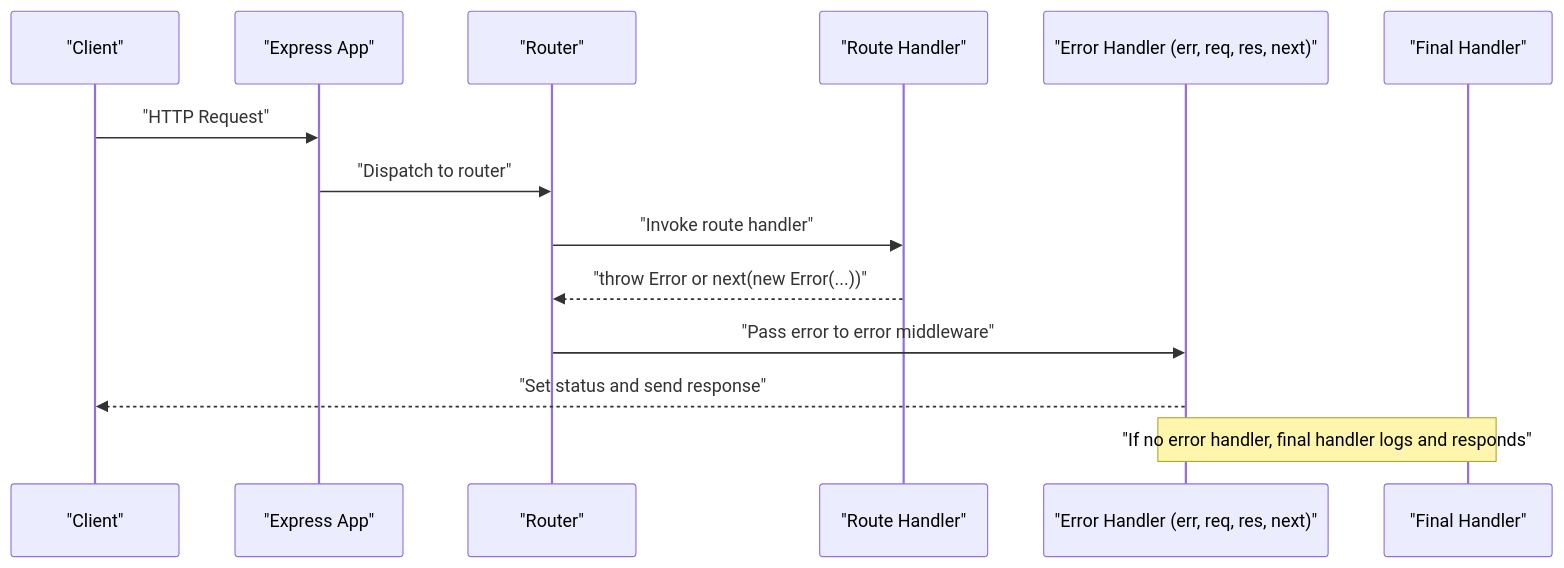
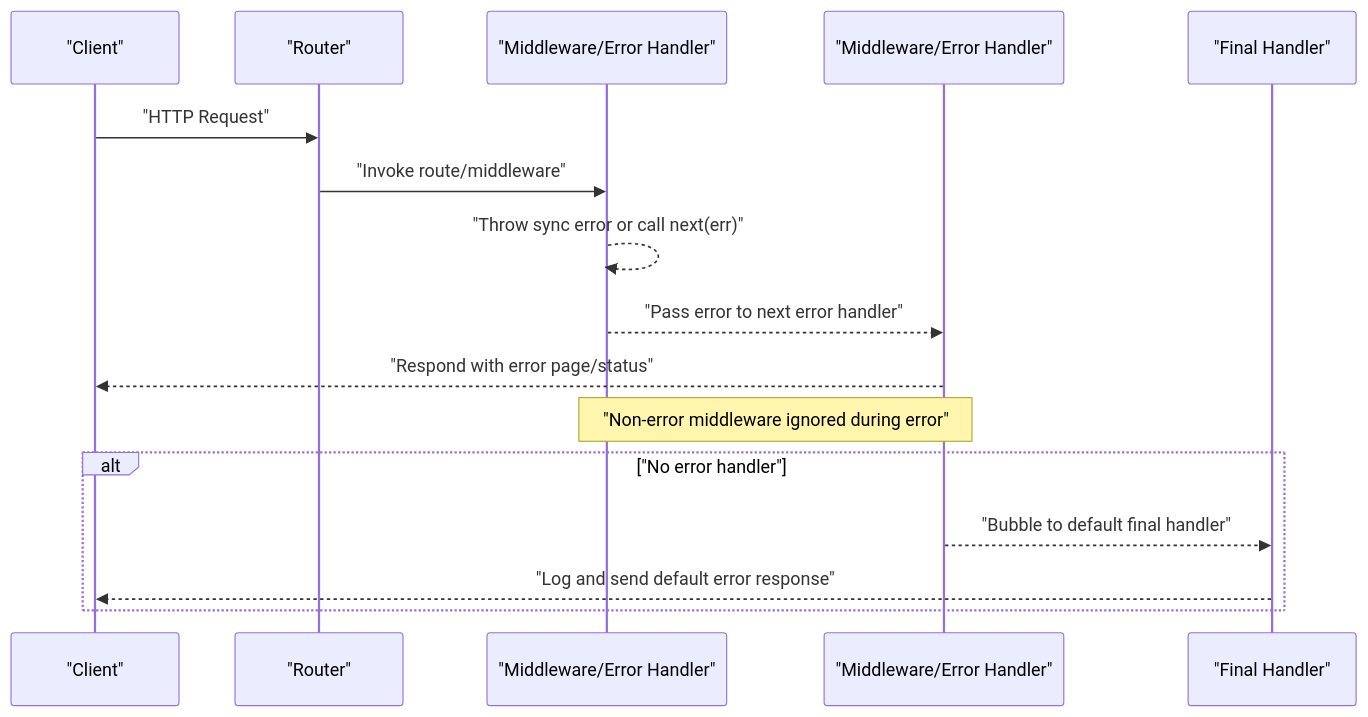
Before and after one commit to mandalpiyush/express: the second of 3 diagrams in .qoder/repowiki/en/content/Error Handling/Error Handling.md, drawn with Mermaid. The commit also changed other lines of this file and 137 other files, not shown here.

````diff
--- a/.qoder/repowiki/en/content/Error Handling/Error Handling.md
+++ b/.qoder/repowiki/en/content/Error Handling/Error Handling.md
@@ -102,16 +125,18 @@
 ```mermaid
 sequenceDiagram
 participant C as "Client"
-participant A as "Express App"
 participant R as "Router"
-participant MW1 as "Route Handler"
-participant EH as "Error Handler (err, req, res, next)"
+participant MW1 as "Middleware/Error Handler"
+participant MW2 as "Middleware/Error Handler"
 participant FH as "Final Handler"
-C->>A : "HTTP Request"
-A->>R : "Dispatch to router"
-R->>MW1 : "Invoke route handler"
-MW1-->>R : "throw Error or next(new Error(...))"
-R->>EH : "Pass error to error middleware"
-EH-->>C : "Set status and send response"
-Note over EH,FH : "If no error handler, final handler logs and responds"
+C->>R : "HTTP Request"
+R->>MW1 : "Invoke route/middleware"
+MW1-->>MW1 : "Throw sync error or call next(err)"
+MW1-->>MW2 : "Pass error to next error handler"
+MW2-->>C : "Respond with error page/status"
+Note over MW1,MW2 : "Non-error middleware ignored during error"
+alt "No error handler"
+MW2-->>FH : "Bubble to default final handler"
+FH-->>C : "Log and send default error response"
+end
 ```
````
